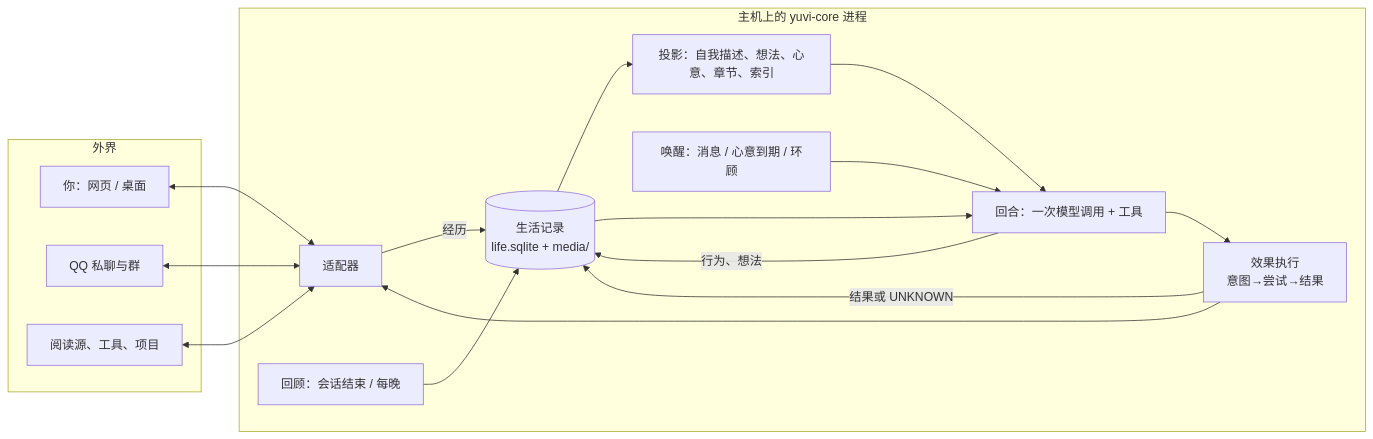
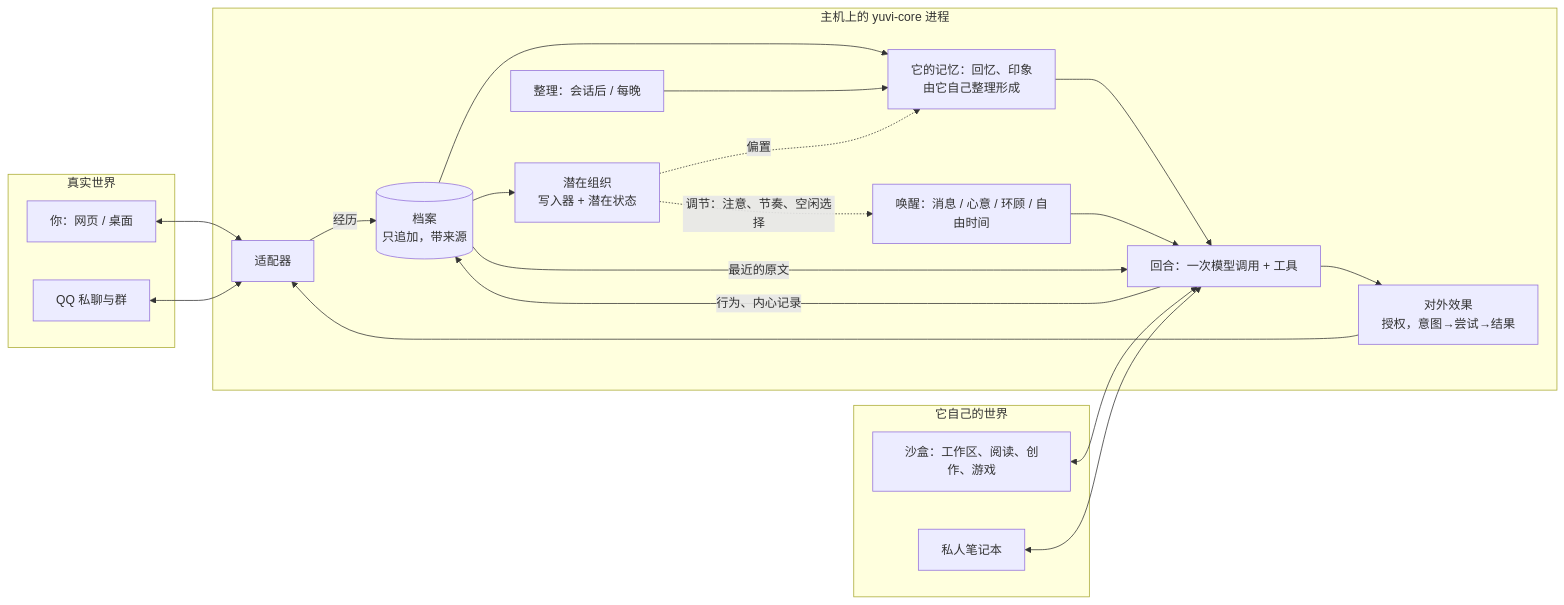
One commit to Ruichen-0079/YUVI changed the diagram in docs/v2/YUVI_V2_BLUEPRINT.md. Above: the diagram before and after it, drawn with Mermaid. The commit also changed other lines of this file and 6 other files, not shown here.

````diff
--- a/docs/v2/YUVI_V2_BLUEPRINT.md
+++ b/docs/v2/YUVI_V2_BLUEPRINT.md
@@ -508,23 +596,29 @@
 ```mermaid
 flowchart LR
-    subgraph 外界
+    subgraph 真实世界
         U[你：网页 / 桌面]
         Q[QQ 私聊与群]
-        X[阅读源、工具、项目]
+    end
+    subgraph 它自己的世界
+        W[沙盒：工作区、阅读、创作、游戏]
+        P[私人笔记本]
     end
     subgraph 主机上的 yuvi-core 进程
-        AD[适配器] -->|经历| REC[(生活记录<br/>life.sqlite + media/)]
-        REC --> PJ[投影：自我描述、想法、心意、章节、索引]
-        WK[唤醒：消息 / 心意到期 / 环顾] --> TURN[回合：一次模型调用 + 工具]
-        REC --> TURN
-        PJ --> TURN
-        TURN -->|行为、想法| REC
-        TURN --> EF[效果执行<br/>意图→尝试→结果]
+        AD[适配器] -->|经历| ARC[(档案<br/>只追加，带来源)]
+        ARC --> MEM[它的记忆：回忆、印象<br/>由它自己整理形成]
+        ARC --> LAT[潜在组织<br/>写入器 + 潜在状态]
+        LAT -.偏置.-> MEM
+        LAT -.调节：注意、节奏、空闲选择.-> WK
+        WK[唤醒：消息 / 心意 / 环顾 / 自由时间] --> TURN[回合：一次模型调用 + 工具]
+        MEM --> TURN
+        ARC -->|最近的原文| TURN
+        TURN -->|行为、内心记录| ARC
+        TURN --> EF[对外效果<br/>授权，意图→尝试→结果]
         EF --> AD
-        EF -->|结果或 UNKNOWN| REC
-        RV[回顾：会话结束 / 每晚] --> REC
+        CON[整理：会话后 / 每晚] --> MEM
     end
     U <--> AD
     Q <--> AD
-    X <--> AD
+    W <--> TURN
+    P <--> TURN
 ```
````
